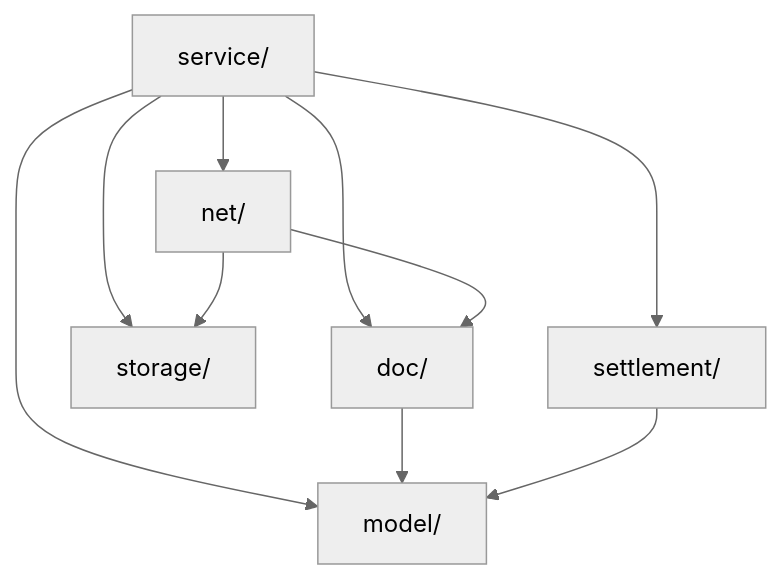
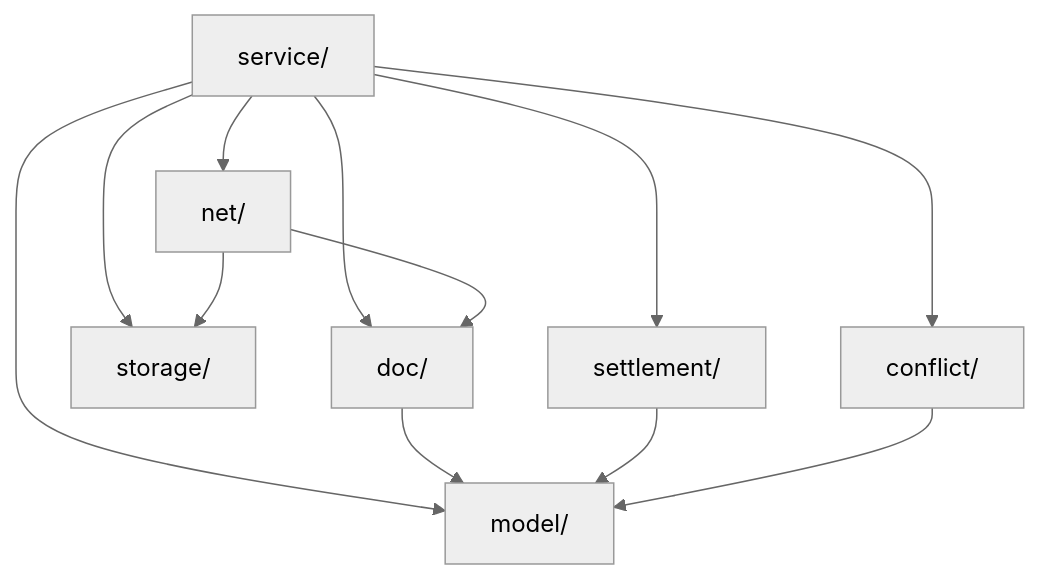
Before and after one commit to Gorgeous-Patrick/unbill: the diagram in crates/unbill-core/DESIGN.md, drawn with Mermaid (neutral theme). The commit also changed other lines of this file and 5 other files, not shown here.

````diff
--- a/crates/unbill-core/DESIGN.md
+++ b/crates/unbill-core/DESIGN.md
@@ -7,19 +7,22 @@
 ```mermaid
 flowchart TB
     Service["service/"]
     Model["model/"]
     Doc["doc/"]
     Storage["storage/"]
     Net["net/"]
     Settlement["settlement/"]
+    Conflict["conflict/"]
 
     Service --> Model
     Service --> Doc
     Service --> Storage
     Service --> Net
     Service --> Settlement
+    Service --> Conflict
     Doc --> Model
     Net --> Doc
     Net --> Storage
     Settlement --> Model
+    Conflict --> Model
 ```
````
